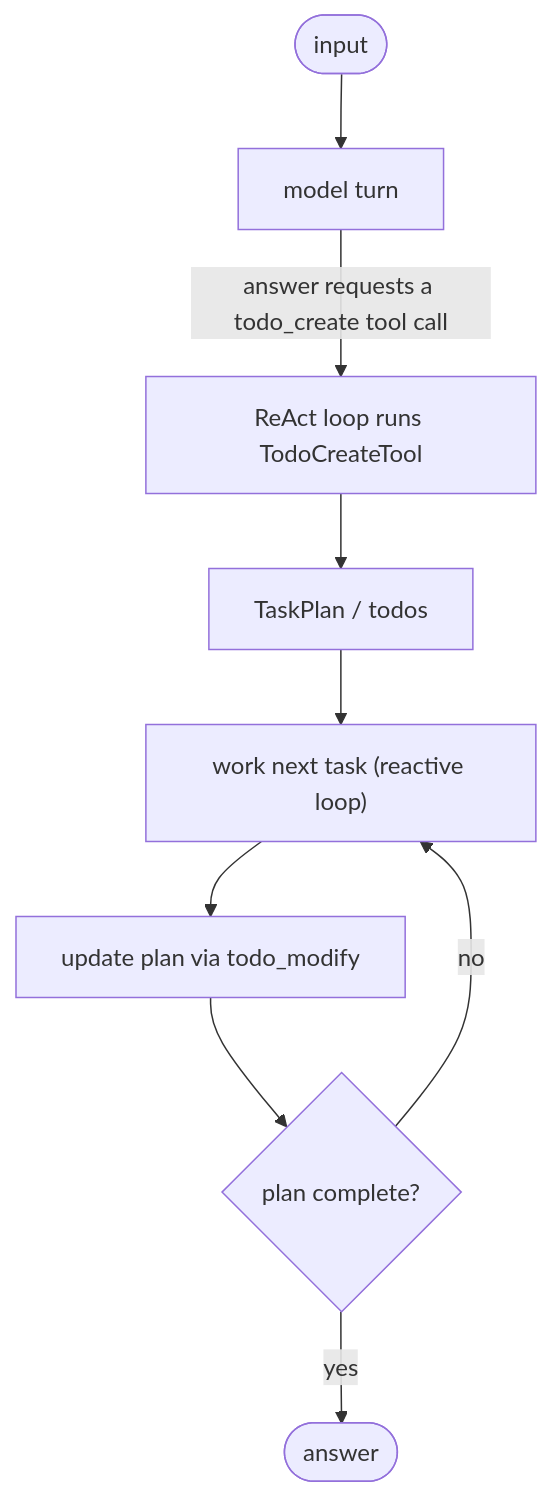
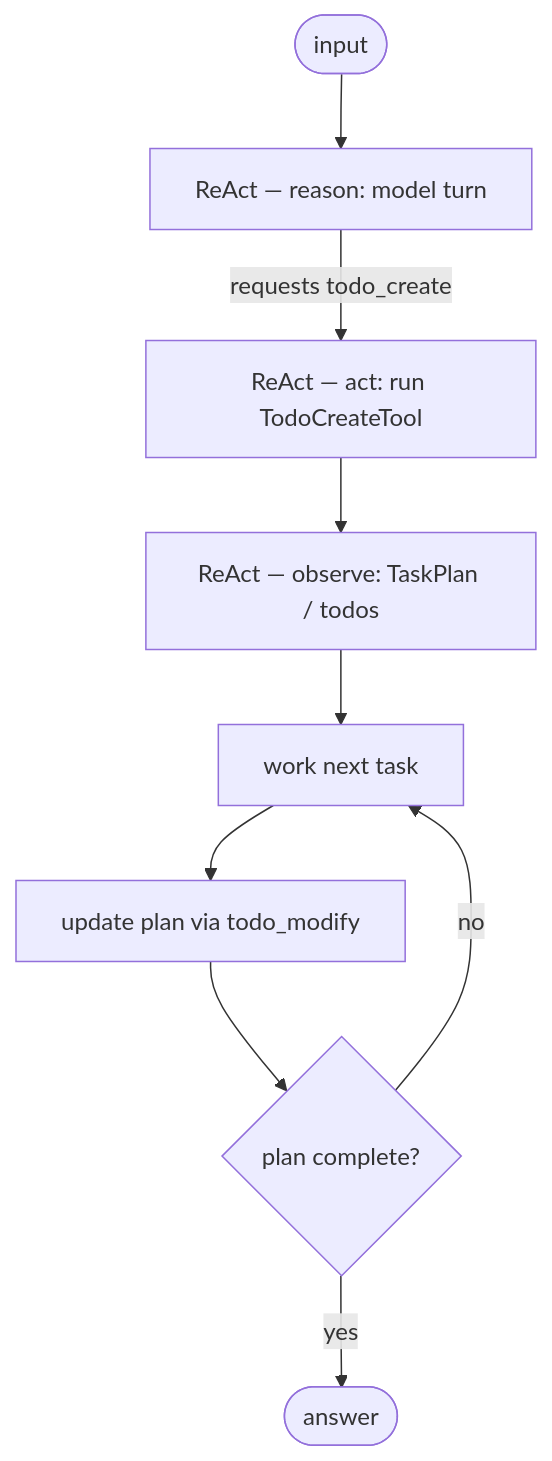
One commit to michaelatamuk/openjiuwen-jiuwenswarm changed the ninth of 31 diagrams in docs-michael/agent-interview-questions.md. Above: the diagram before and after it, drawn with Mermaid. The commit also changed other lines of this file, not shown here.

````diff
--- a/docs-michael/agent-interview-questions.md
+++ b/docs-michael/agent-interview-questions.md
@@ -147,11 +165,11 @@
 ```mermaid
 flowchart TD
-    I(["input"]) --> M["model turn"]
-    M -->|"answer requests a todo_create tool call"| TC["ReAct loop runs TodoCreateTool"]
-    TC --> P["TaskPlan / todos"]
-    P --> W["work next task (reactive loop)"]
+    I(["input"]) --> M["ReAct — reason: model turn"]
+    M -->|"requests todo_create"| TC["ReAct — act: run TodoCreateTool"]
+    TC --> P["ReAct — observe: TaskPlan / todos"]
+    P --> W["work next task"]
     W --> U["update plan via todo_modify"]
     U --> Q{"plan complete?"}
     Q -->|no| W
     Q -->|yes| A(["answer"])
 ```
````
